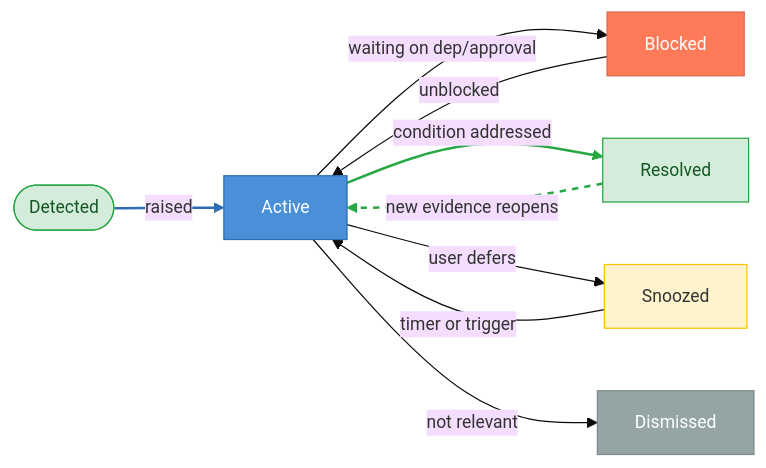
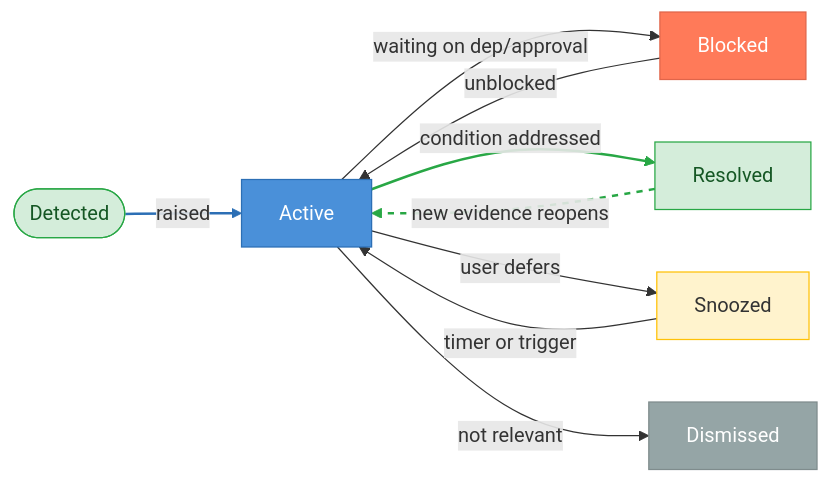
Before and after one commit to alex-oleshkevich/dailydrift: the first of 2 diagrams in specs/situations.md, drawn with Mermaid. The commit also changed other lines of this file and 44 other files, not shown here.

````diff
--- a/specs/situations.md
+++ b/specs/situations.md
@@ -183,30 +183,29 @@
 ```mermaid
-%%{init: {'theme': 'base', 'themeVariables': {'fontSize': '14px'}}}%%
 flowchart LR
     classDef seed fill:#D4EDDA,stroke:#28A745,color:#155724
     classDef active fill:#4A90D9,stroke:#2C6FB5,color:#fff
     classDef blocked fill:#FF7A59,stroke:#E0654A,color:#fff
     classDef resolved fill:#D4EDDA,stroke:#28A745,color:#155724
     classDef snoozed fill:#FFF3CD,stroke:#FFC107,color:#333
     classDef dismissed fill:#95A5A6,stroke:#7F8C8D,color:#fff
 
     SEED(["Detected"]):::seed
     ACT["Active"]:::active
     BLK["Blocked"]:::blocked
     RES["Resolved"]:::resolved
     SNZ["Snoozed"]:::snoozed
     DIS["Dismissed"]:::dismissed
 
     SEED -->|"raised"| ACT
     ACT -->|"waiting on dep/approval"| BLK
     BLK -->|"unblocked"| ACT
     ACT -->|"condition addressed"| RES
     ACT -->|"user defers"| SNZ
     SNZ -->|"timer or trigger"| ACT
     ACT -->|"not relevant"| DIS
     RES -.->|"new evidence reopens"| ACT
 
     linkStyle 0 stroke:#2C6FB5,stroke-width:2px
     linkStyle 3 stroke:#28A745,stroke-width:2px
     linkStyle 7 stroke:#28A745,stroke-width:2px,stroke-dasharray:5 5
 ```
````
